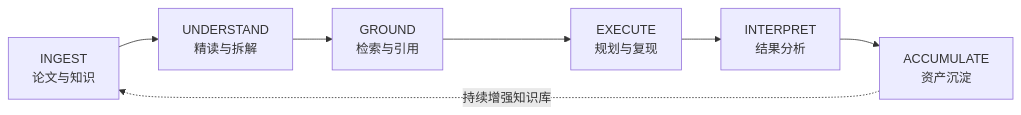
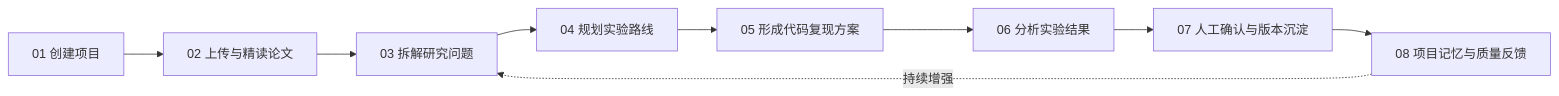
Before and after one commit to telitor/SciPilot: the first of 5 diagrams in README.md, drawn with Mermaid. The commit also changed other lines of this file, not shown here.

````diff
--- a/README.md
+++ b/README.md
@@ -119,9 +106,11 @@
 ```mermaid
 flowchart LR
-    A["INGEST<br/>论文与知识"] --> B["UNDERSTAND<br/>精读与拆解"]
-    B --> C["GROUND<br/>检索与引用"]
-    C --> D["EXECUTE<br/>规划与复现"]
-    D --> E["INTERPRET<br/>结果分析"]
-    E --> F["ACCUMULATE<br/>资产沉淀"]
-    F -. "持续增强知识库" .-> A
+    P["01 创建项目"] --> R["02 上传与精读论文"]
+    R --> Q["03 拆解研究问题"]
+    Q --> E["04 规划实验路线"]
+    E --> C["05 形成代码复现方案"]
+    C --> A["06 分析实验结果"]
+    A --> H["07 人工确认与版本沉淀"]
+    H --> M["08 项目记忆与质量反馈"]
+    M -. "持续增强" .-> Q
 ```
````
